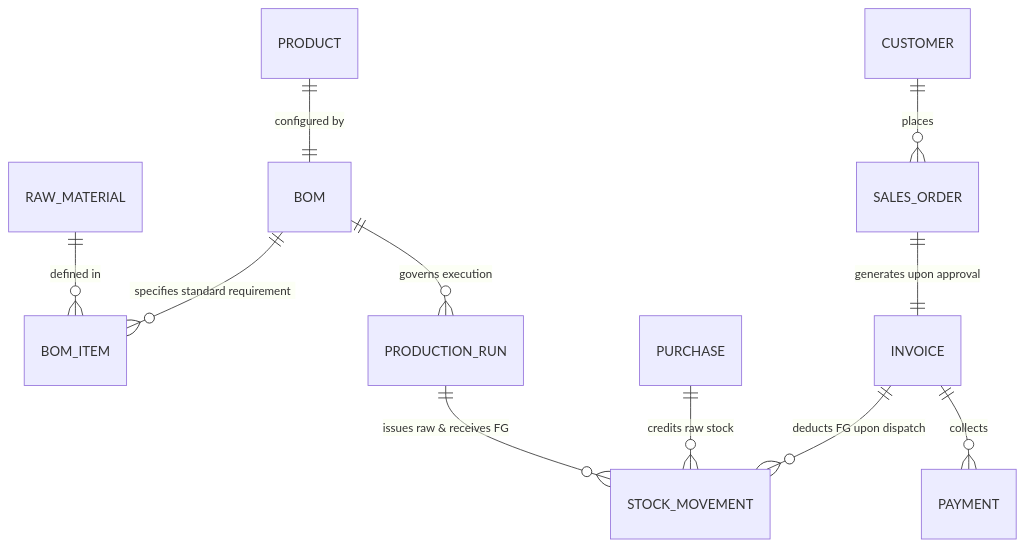
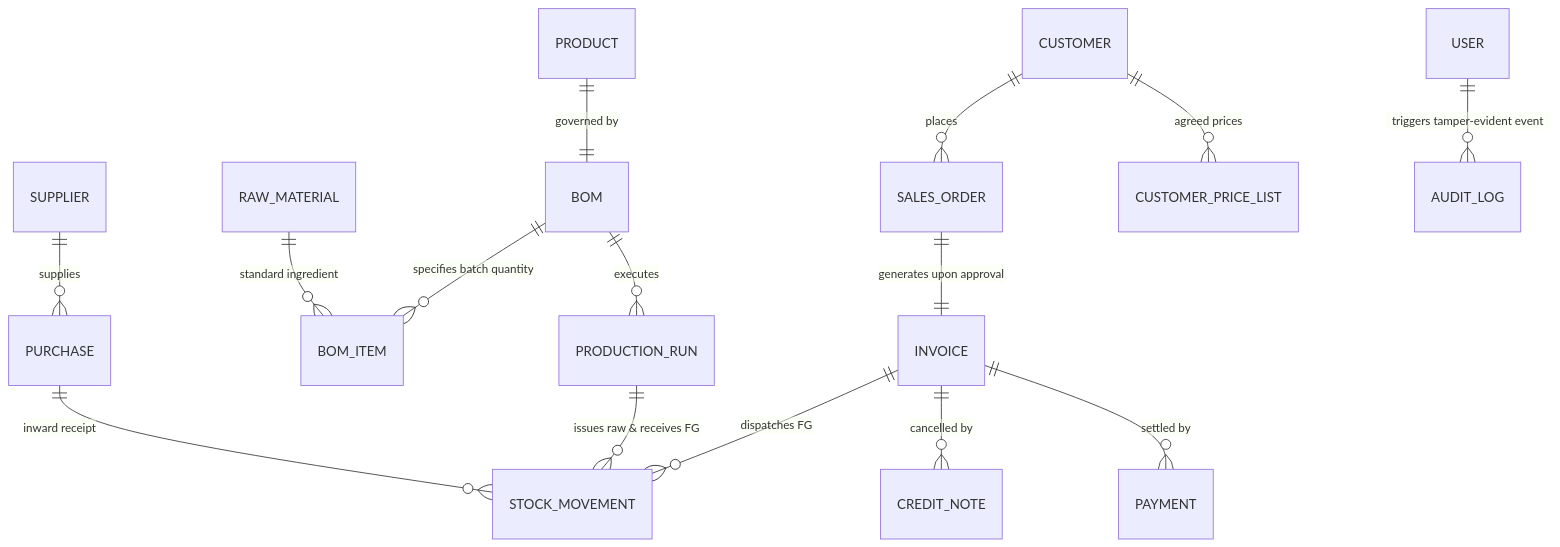
Before and after one commit to nireshtitan007-ai/NIT-intern-Factory-OS: the second of 2 diagrams in DESIGN_NOTE.md, drawn with Mermaid. The commit also changed other lines of this file and 2 other files, not shown here.

Commit message:
docs: step 9 comprehensive architecture, benchmark, and demo documentation

````diff
--- a/DESIGN_NOTE.md
+++ b/DESIGN_NOTE.md
@@ -38,13 +51,17 @@
 ```mermaid
 erDiagram
-    RAW_MATERIAL ||--o{ BOM_ITEM : "defined in"
-    PRODUCT ||--|| BOM : "configured by"
-    BOM ||--o{ BOM_ITEM : "specifies standard requirement"
-    BOM ||--o{ PRODUCTION_RUN : "governs execution"
+    SUPPLIER ||--o{ PURCHASE : "supplies"
+    PURCHASE ||--o{ STOCK_MOVEMENT : "inward receipt"
+    RAW_MATERIAL ||--o{ BOM_ITEM : "standard ingredient"
+    PRODUCT ||--|| BOM : "governed by"
+    BOM ||--o{ BOM_ITEM : "specifies batch quantity"
+    BOM ||--o{ PRODUCTION_RUN : "executes"
     PRODUCTION_RUN ||--o{ STOCK_MOVEMENT : "issues raw & receives FG"
-    PURCHASE ||--o{ STOCK_MOVEMENT : "credits raw stock"
     CUSTOMER ||--o{ SALES_ORDER : "places"
+    CUSTOMER ||--o{ CUSTOMER_PRICE_LIST : "agreed prices"
     SALES_ORDER ||--|| INVOICE : "generates upon approval"
-    INVOICE ||--o{ STOCK_MOVEMENT : "deducts FG upon dispatch"
-    INVOICE ||--o{ PAYMENT : "collects"
+    INVOICE ||--o{ STOCK_MOVEMENT : "dispatches FG"
+    INVOICE ||--o{ CREDIT_NOTE : "cancelled by"
+    INVOICE ||--o{ PAYMENT : "settled by"
+    USER ||--o{ AUDIT_LOG : "triggers tamper-evident event"
 ```
````
